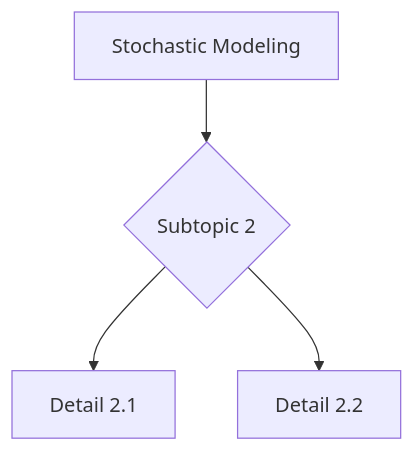
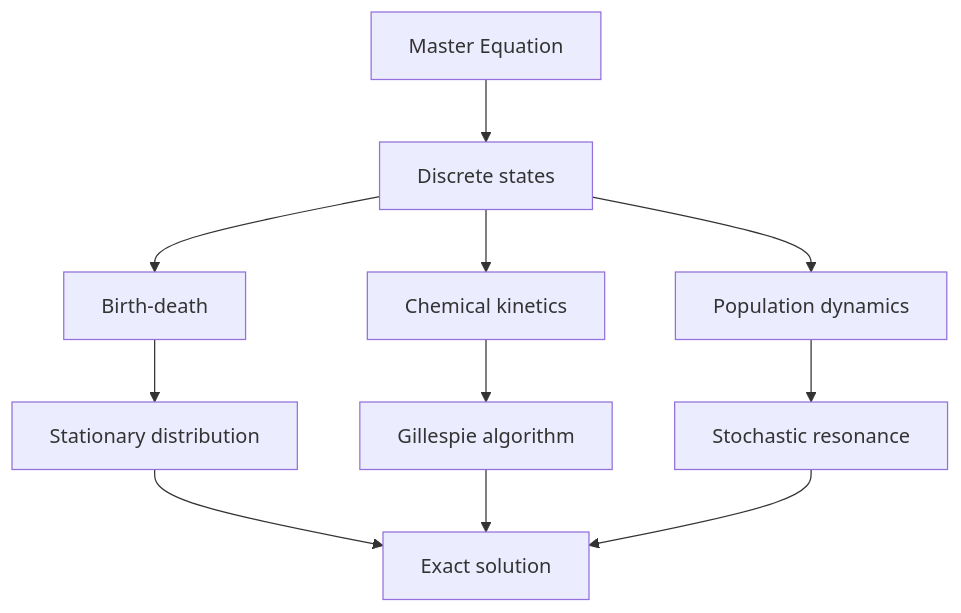
One commit to yip-lgtm/PhysicsSelfStudy changed the third of 10 diagrams in 02_MSc_DataDriven_Modeling/core_courses/MSDM_5003/README.md. Above: the diagram before and after it, drawn with Mermaid. The commit also changed other lines of this file and 21 other files, not shown here.

````diff
--- a/02_MSc_DataDriven_Modeling/core_courses/MSDM_5003/README.md
+++ b/02_MSc_DataDriven_Modeling/core_courses/MSDM_5003/README.md
@@ -267,6 +204,13 @@
 ```mermaid
 graph TD
-    A[Stochastic Modeling] --> B{Subtopic 2}
-    B --> C[Detail 2.1]
-    B --> D[Detail 2.2]
+    A[Master Equation] --> B[Discrete states]
+    B --> C[Birth-death]
+    B --> D[Chemical kinetics]
+    B --> E[Population dynamics]
+    C --> F[Stationary distribution]
+    D --> G[Gillespie algorithm]
+    E --> H[Stochastic resonance]
+    F --> I[Exact solution]
+    G --> I
+    H --> I
 ```
````
